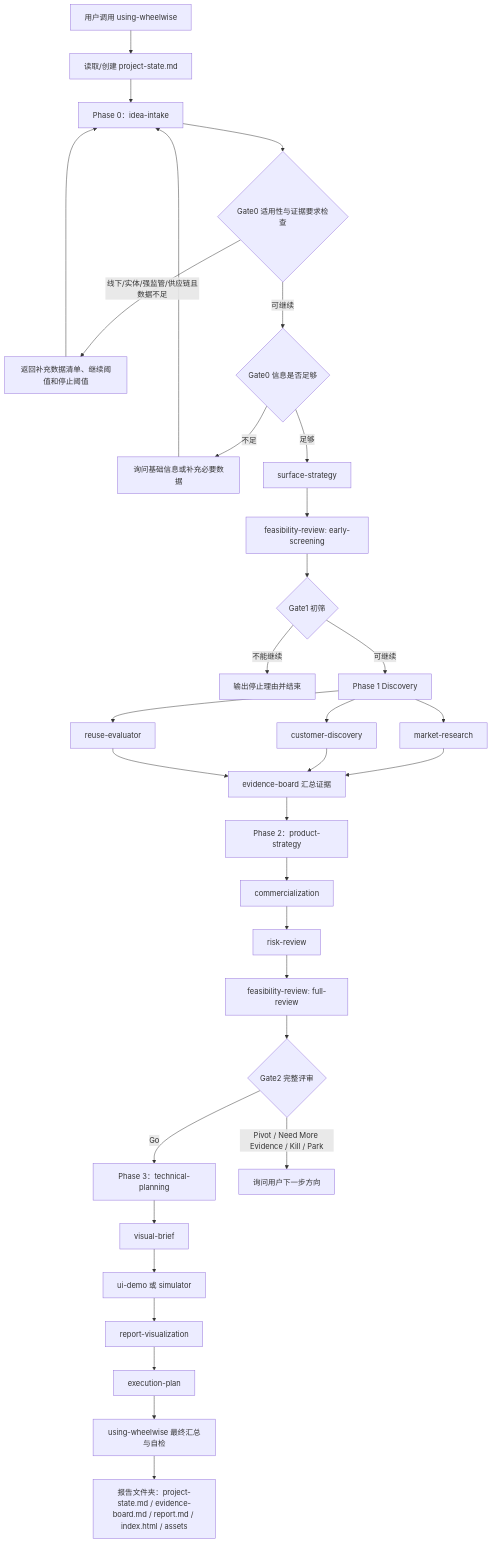
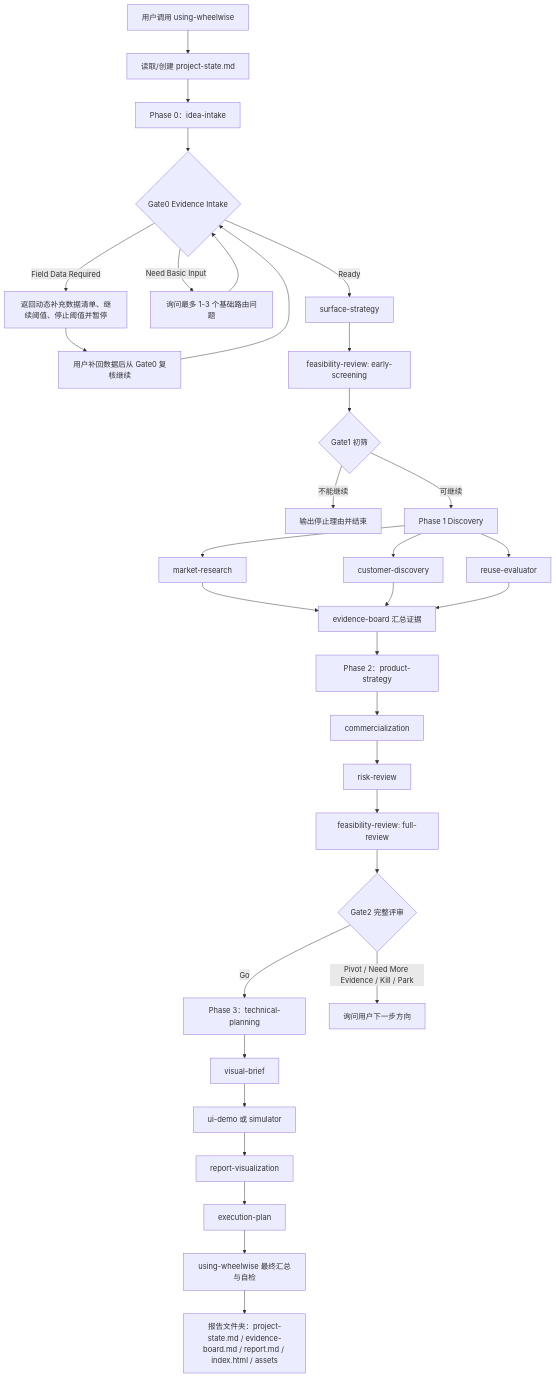
Before and after one commit to Duzhenyang111/WheelWise: the diagram in WORKFLOW_GUIDE_ZH.md, drawn with Mermaid. The commit also changed other lines of this file and 17 other files, not shown here.

````diff
--- a/WORKFLOW_GUIDE_ZH.md
+++ b/WORKFLOW_GUIDE_ZH.md
@@ -40,35 +40,35 @@
 ```mermaid
 flowchart TD
   A["用户调用 using-wheelwise"] --> S["读取/创建 project-state.md"]
   S --> B["Phase 0：idea-intake"]
-  B --> GE{"Gate0 适用性与证据要求检查"}
-  GE -->|线下/实体/强监管/供应链且数据不足| FDR["返回补充数据清单、继续阈值和停止阈值"]
-  FDR --> B
-  GE -->|可继续| G0{"Gate0 信息是否足够"}
-  G0 -->|不足| Q["询问基础信息或补充必要数据"]
-  Q --> B
-  G0 -->|足够| C["surface-strategy"]
+  B --> GE{"Gate0 Evidence Intake"}
+  GE -->|Ready| C["surface-strategy"]
+  GE -->|Need Basic Input| Q["询问最多 1-3 个基础路由问题"]
+  GE -->|Field Data Required| FDR["返回动态补充数据清单、继续阈值、停止阈值并暂停"]
+  Q --> GE
+  FDR --> R0["用户补回数据后从 Gate0 复核继续"]
+  R0 --> GE
   C --> D["feasibility-review: early-screening"]
   D --> G1{"Gate1 初筛"}
   G1 -->|不能继续| X["输出停止理由并结束"]
   G1 -->|可继续| E["Phase 1 Discovery"]
   E --> M1["market-research"]
   E --> C1["customer-discovery"]
   E --> R1["reuse-evaluator"]
   M1 --> EB["evidence-board 汇总证据"]
   C1 --> EB
   R1 --> EB
   EB --> PS["Phase 2：product-strategy"]
   PS --> CO["commercialization"]
   CO --> RR["risk-review"]
   RR --> FR["feasibility-review: full-review"]
   FR --> G2{"Gate2 完整评审"}
   G2 -->|Go| TP["Phase 3：technical-planning"]
   G2 -->|Pivot / Need More Evidence / Kill / Park| U["询问用户下一步方向"]
   TP --> VB["visual-brief"]
   VB --> UI["ui-demo 或 simulator"]
   UI --> RV["report-visualization"]
   RV --> EP["execution-plan"]
   EP --> O["using-wheelwise 最终汇总与自检"]
   O --> P["报告文件夹：project-state.md / evidence-board.md / report.md / index.html / assets"]
 ```
````
